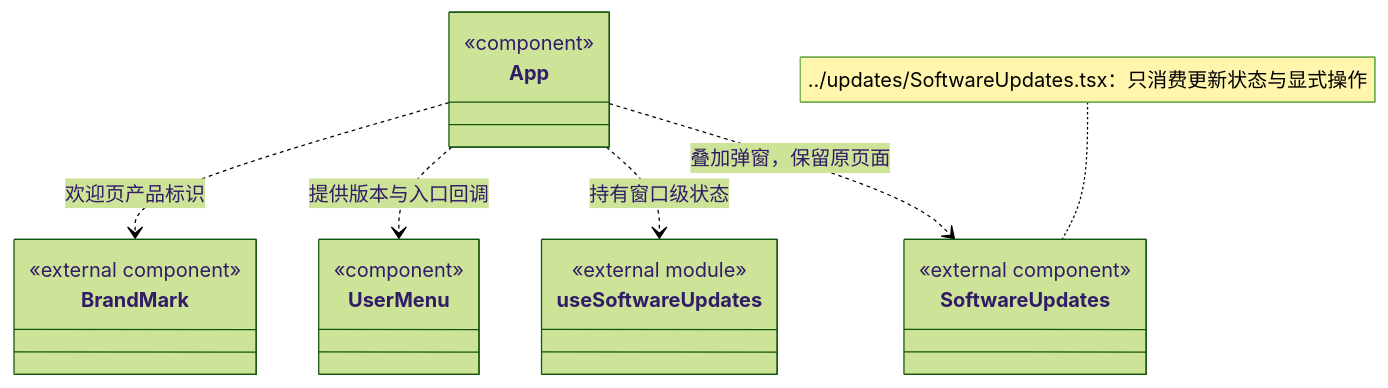
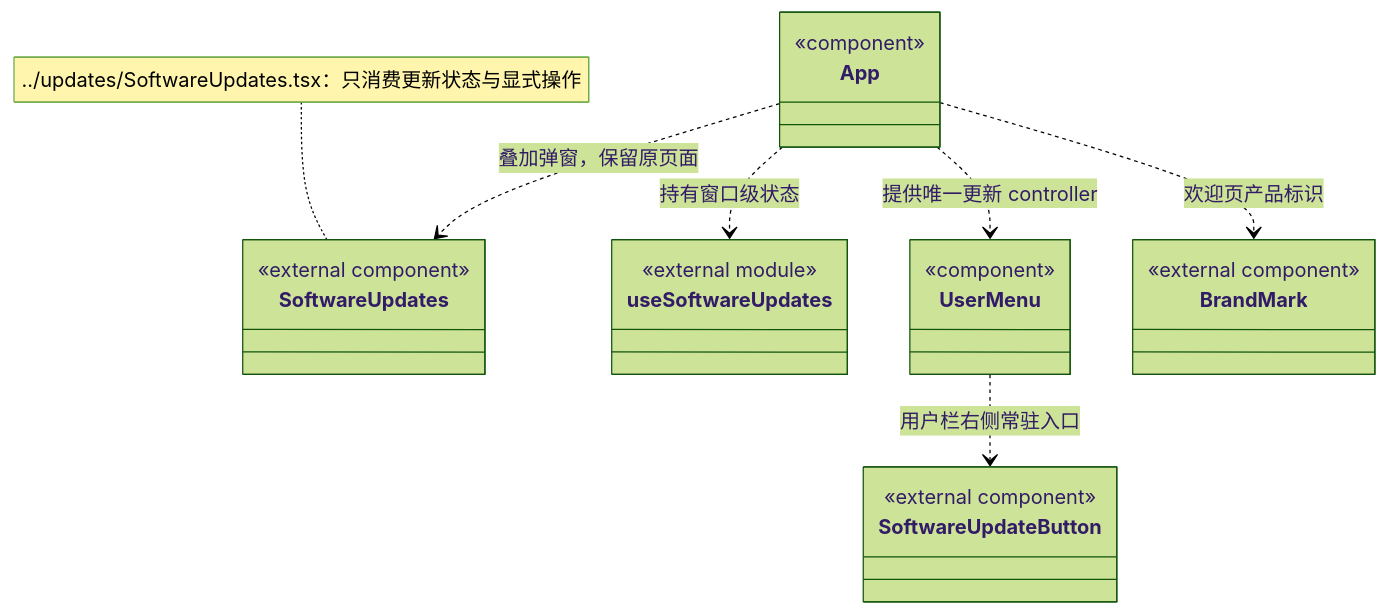
Diagram 18 of 18 in src/frontend/shell/ARCHITECTURE.md (nan023062/cbim), drawn with Mermaid (forest theme) before and after one commit. The commit also changed other lines of this file and 20 other files, not shown here.

````diff
--- a/src/frontend/shell/ARCHITECTURE.md
+++ b/src/frontend/shell/ARCHITECTURE.md
@@ -339,13 +339,15 @@
 ```mermaid
 classDiagram
 class App { <<component>> }
 class UserMenu { <<component>> }
 class SoftwareUpdates { <<external component>> }
+class SoftwareUpdateButton { <<external component>> }
 class useSoftwareUpdates { <<external module>> }
 class BrandMark { <<external component>> }
 App ..> BrandMark : 欢迎页产品标识
-App ..> UserMenu : 提供版本与入口回调
+App ..> UserMenu : 提供唯一更新 controller
+UserMenu ..> SoftwareUpdateButton : 用户栏右侧常驻入口
 App ..> useSoftwareUpdates : 持有窗口级状态
 App ..> SoftwareUpdates : 叠加弹窗，保留原页面
 note for SoftwareUpdates "../updates/SoftwareUpdates.tsx：只消费更新状态与显式操作"
 ```
````
